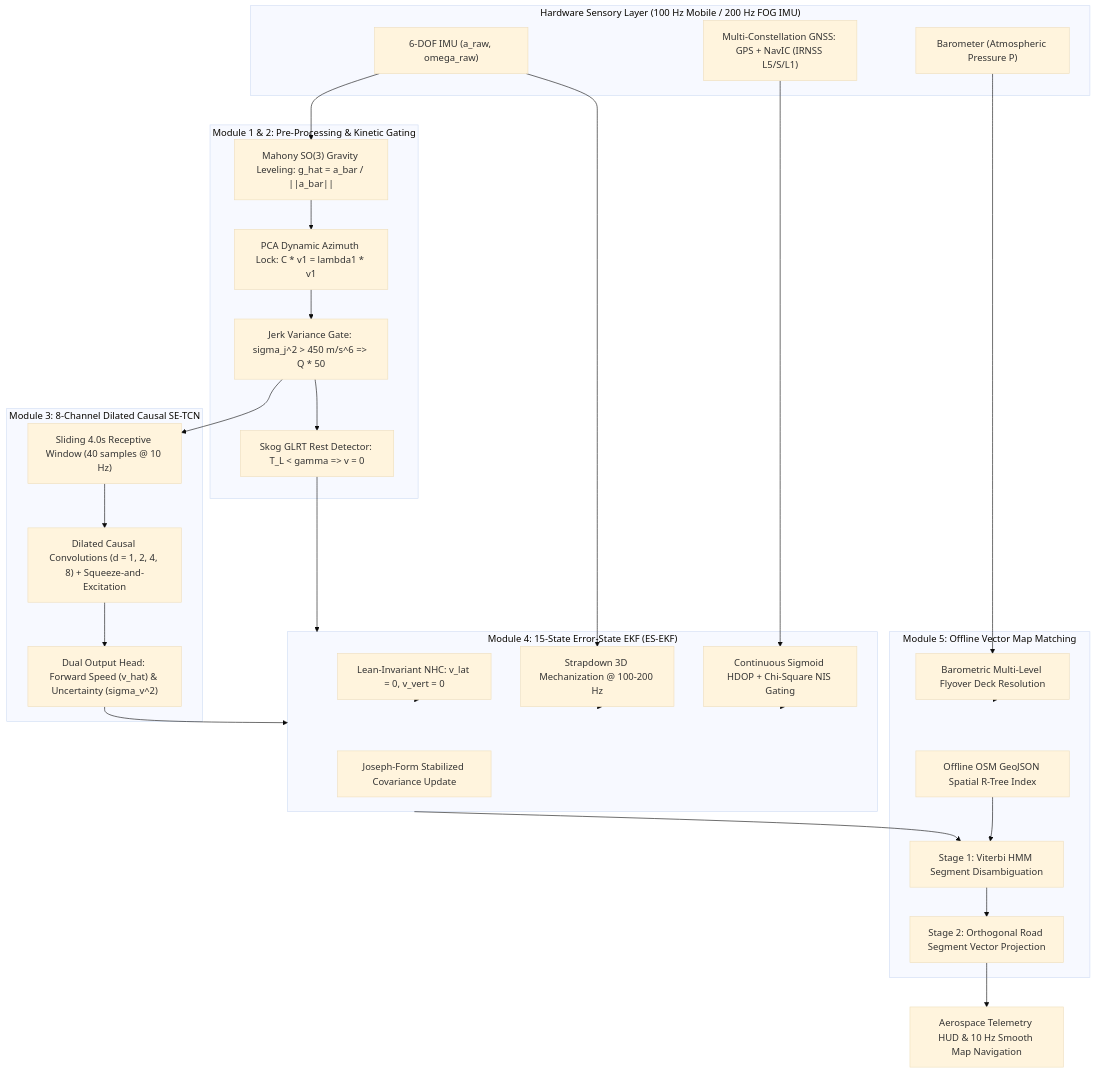
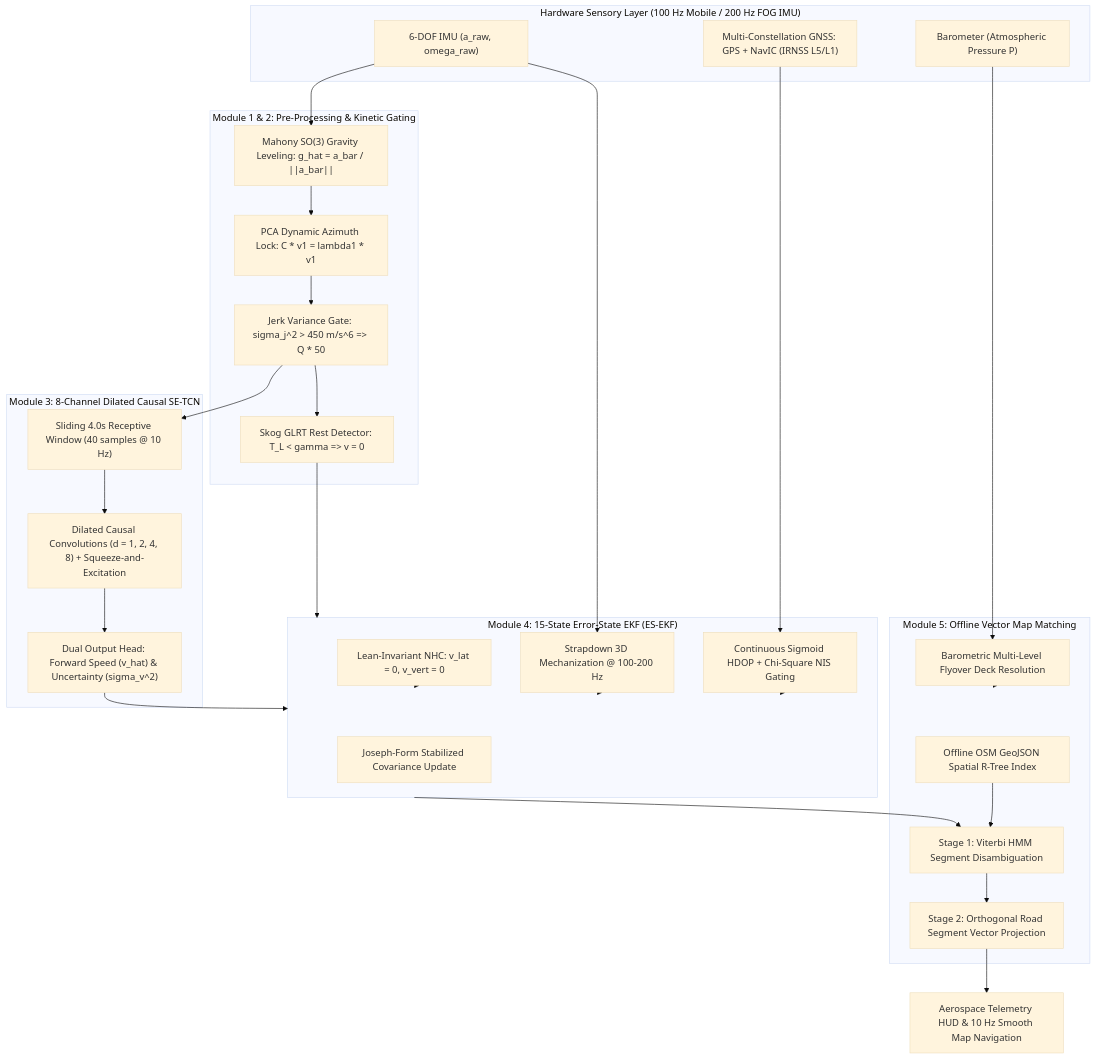
Before and after one commit to YashEkhande24/idr-desktop-simulator: the diagram in README.md, drawn with Mermaid (base theme). The commit also changed other lines of this file and 67 other files, not shown here.

````diff
--- a/README.md
+++ b/README.md
@@ -259,47 +167,47 @@
 ```mermaid
 flowchart TD
     subgraph SENSORS ["Hardware Sensory Layer (100 Hz Mobile / 200 Hz FOG IMU)"]
         IMU["6-DOF IMU (a_raw, omega_raw)"]
-        GNSS["Multi-Constellation GNSS: GPS + NavIC (IRNSS L5/S/L1)"]
+        GNSS["Multi-Constellation GNSS: GPS + NavIC (IRNSS L5/L1)"]
         BARO["Barometer (Atmospheric Pressure P)"]
     end
 
     subgraph PREPROC ["Module 1 & 2: Pre-Processing & Kinetic Gating"]
         GRAV["Mahony SO(3) Gravity Leveling: g_hat = a_bar / ||a_bar||"]
         PCA["PCA Dynamic Azimuth Lock: C * v1 = lambda1 * v1"]
         JERK["Jerk Variance Gate: sigma_j^2 > 450 m/s^6 => Q * 50"]
         ZUPT["Skog GLRT Rest Detector: T_L < gamma => v = 0"]
     end
 
     subgraph AI_ENGINE ["Module 3: 8-Channel Dilated Causal SE-TCN"]
         BUFFER["Sliding 4.0s Receptive Window (40 samples @ 10 Hz)"]
         TCN["Dilated Causal Convolutions (d = 1, 2, 4, 8) + Squeeze-and-Excitation"]
         HEADS["Dual Output Head: Forward Speed (v_hat) & Uncertainty (sigma_v^2)"]
     end
 
     subgraph FUSION ["Module 4: 15-State Error-State EKF (ES-EKF)"]
         PROP["Strapdown 3D Mechanization @ 100-200 Hz"]
         NHC["Lean-Invariant NHC: v_lat = 0, v_vert = 0"]
         HDOP_GATE["Continuous Sigmoid HDOP + Chi-Square NIS Gating"]
         JOSEPH["Joseph-Form Stabilized Covariance Update"]
     end
 
     subgraph MAPPING ["Module 5: Offline Vector Map Matching"]
         OSM["Offline OSM GeoJSON Spatial R-Tree Index"]
         HMM["Stage 1: Viterbi HMM Segment Disambiguation"]
         SNAP["Stage 2: Orthogonal Road Segment Vector Projection"]
         ALT["Barometric Multi-Level Flyover Deck Resolution"]
     end
 
     IMU --> GRAV --> PCA --> JERK
     JERK --> BUFFER --> TCN --> HEADS
     JERK --> ZUPT --> FUSION
     HEADS --> FUSION
     GNSS --> HDOP_GATE --> FUSION
     BARO --> ALT --> MAPPING
     IMU --> PROP --> FUSION
     NHC --> FUSION
     FUSION --> HMM --> SNAP
     OSM --> HMM
     SNAP --> HUD["Aerospace Telemetry HUD & 10 Hz Smooth Map Navigation"]
 ```
````
